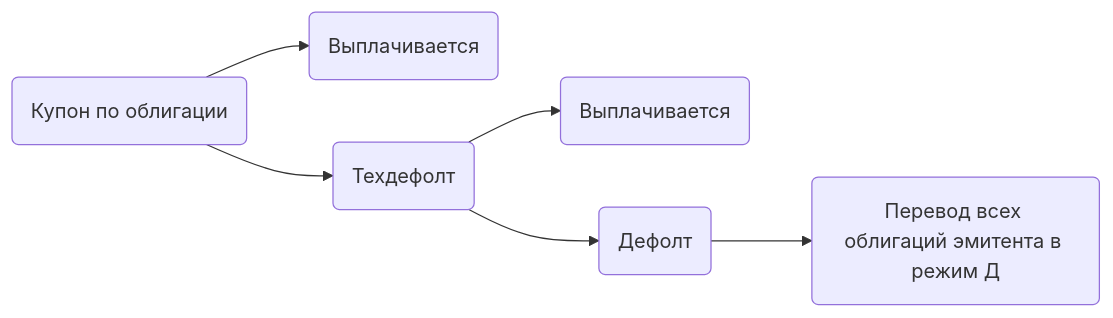
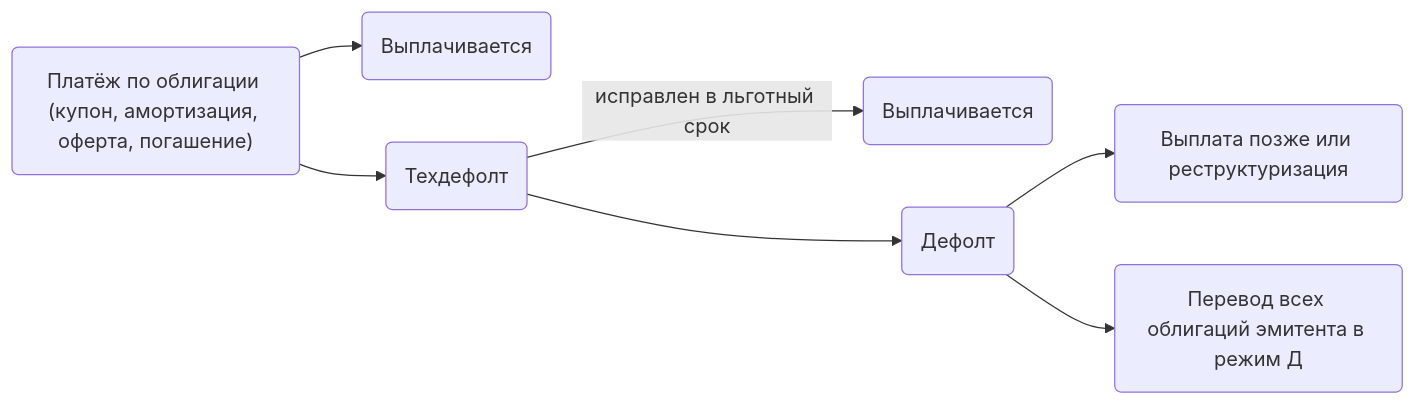
The first of 2 diagrams in research/README.md (alferova-tv/Jessica-invest-assistant), drawn with Mermaid before and after one commit. The commit also changed other lines of this file, not shown here.

````diff
--- a/research/README.md
+++ b/research/README.md
@@ -41,9 +49,10 @@
 ```mermaid
 graph LR
-    A(Купон по облигации)
+    A("Платёж по облигации (купон, амортизация, оферта, погашение)")
     A --> В(Выплачивается)
     A --> C(Техдефолт)
-    C --> D(Выплачивается)
+    C -->|исправлен в льготный срок| D(Выплачивается)
     C --> E(Дефолт)
-    E --> G(Перевод всех облигаций эмитента в режим Д)
+    E --> G(Выплата позже или реструктуризация)
+    E --> H(Перевод всех облигаций эмитента в режим Д)
 ```
````
